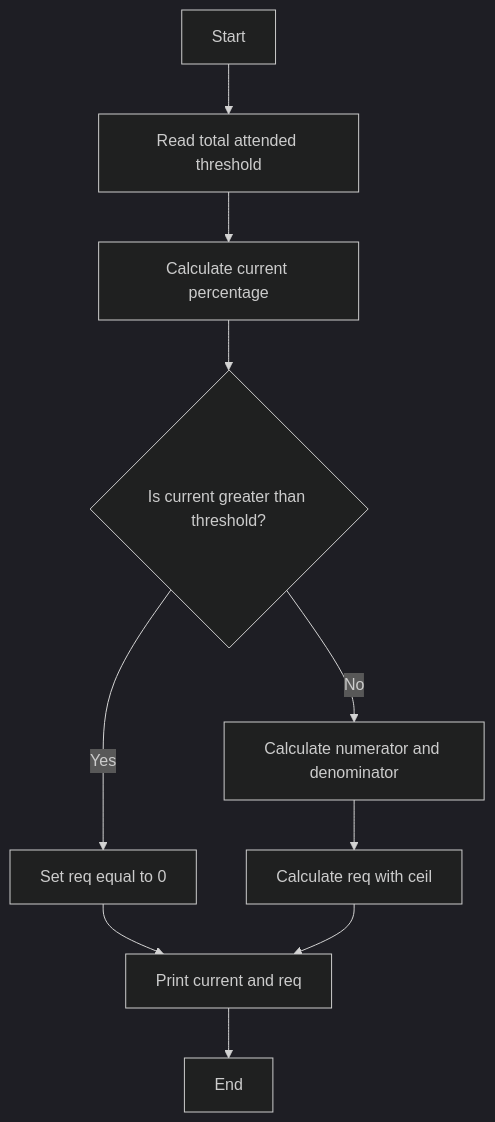
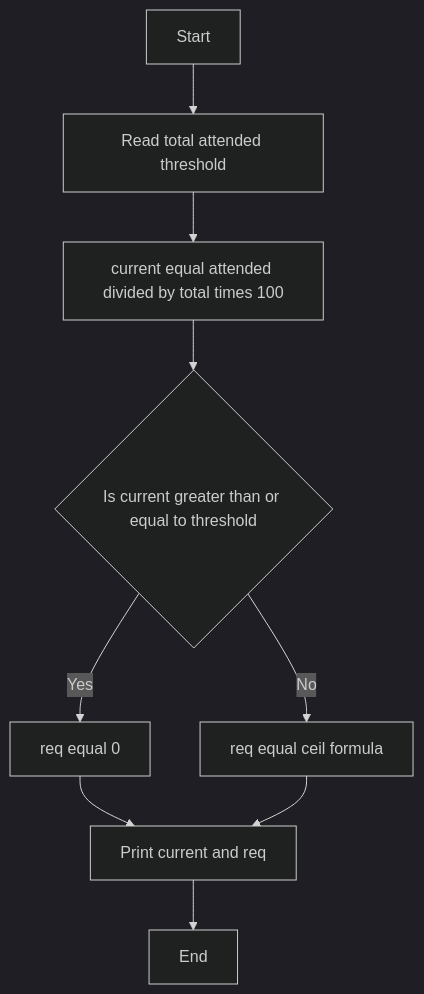
Before and after one commit to jagadeeswarigurram581-design/python-programming: the diagram in task 1/code.md, drawn with Mermaid (dark theme). The commit also changed other lines of this file, not shown here.

````diff
--- a/task 1/code.md
+++ b/task 1/code.md
@@ -26,12 +21,11 @@
- ```mermaid
-    flowchart TD
+```mermaid
+flowchart TD
     A[Start] --> B[Read total attended threshold]
-    B --> C[Calculate current percentage]
-    C --> D{Is current greater than threshold?}
-    D -- Yes --> E[Set req equal to 0]
-    D -- No --> F[Calculate numerator and denominator]
-    F --> G[Calculate req with ceil]
-    E --> H[Print current and req]
-    G --> H
-    H --> I[End]
+    B --> C[current equal attended divided by total times 100]
+    C --> D{Is current greater than or equal to threshold}
+    D -- Yes --> E[req equal 0]
+    D -- No --> F[req equal ceil formula]
+    E --> G[Print current and req]
+    F --> G
+    G --> H[End]
 ```
````
